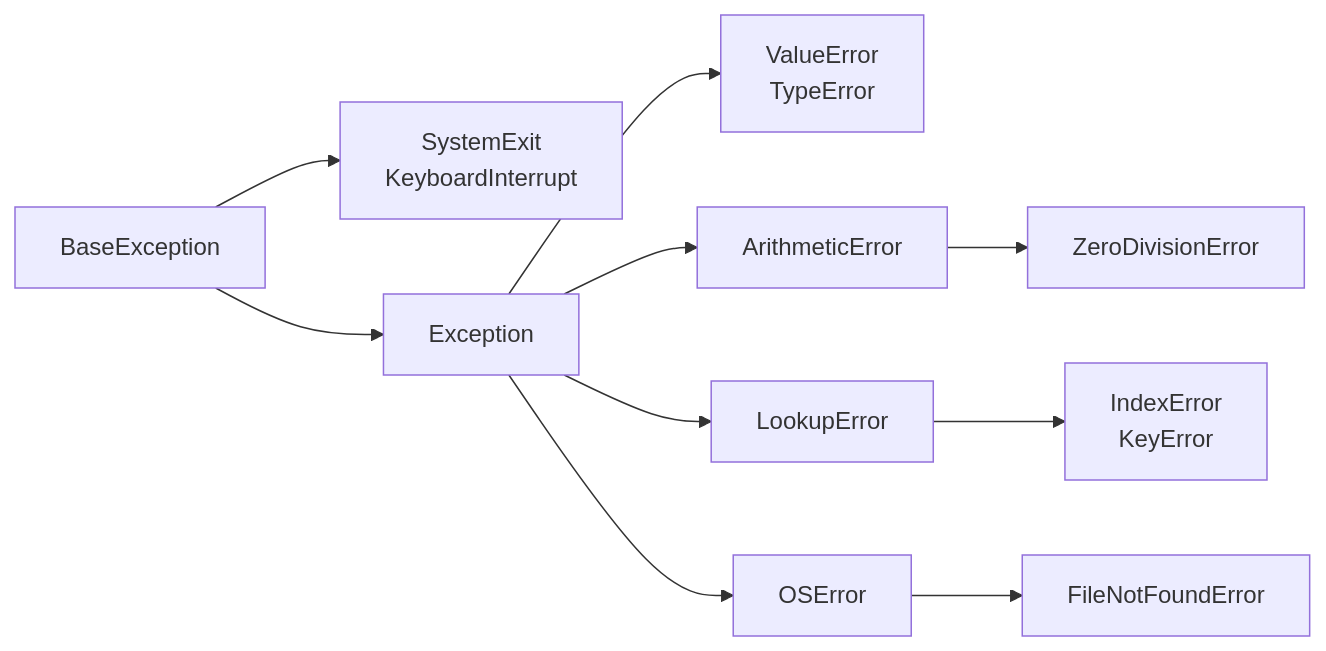
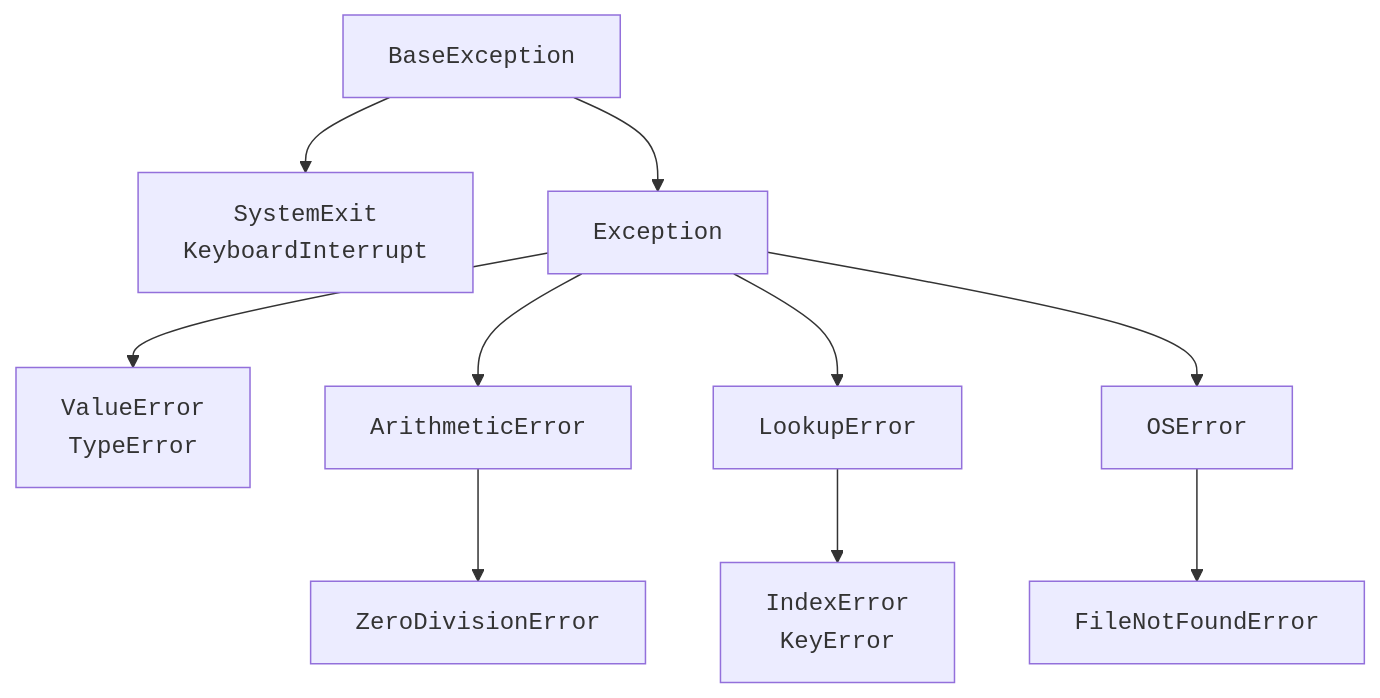
One commit to musicvano/Blog changed the diagram in src/courses/python/04-exceptions-debugging/errors-hierarchy.md. Above: the diagram before and after it, drawn with Mermaid. The commit also changed other lines of this file and 583 other files, not shown here.

````diff
--- a/src/courses/python/04-exceptions-debugging/errors-hierarchy.md
+++ b/src/courses/python/04-exceptions-debugging/errors-hierarchy.md
@@ -54,12 +54,12 @@
 ```mermaid
-flowchart LR
-  ROOT["BaseException"] --> SYS["SystemExit<br>KeyboardInterrupt"]
-  ROOT --> EXC["Exception"]
-  EXC --> VAL["ValueError<br>TypeError"]
-  EXC --> AR["ArithmeticError"]
-  EXC --> LK["LookupError"]
-  EXC --> OS["OSError"]
-  AR --> ZERO["ZeroDivisionError"]
-  LK --> IDX["IndexError<br>KeyError"]
-  OS --> FNF["FileNotFoundError"]
+flowchart TB
+  ROOT["<code>BaseException</code>"] --> SYS["<code>SystemExit</code><br><code>KeyboardInterrupt</code>"]
+  ROOT --> EXC["<code>Exception</code>"]
+  EXC --> VAL["<code>ValueError</code><br><code>TypeError</code>"]
+  EXC --> AR["<code>ArithmeticError</code>"]
+  EXC --> LK["<code>LookupError</code>"]
+  EXC --> OS["<code>OSError</code>"]
+  AR --> ZERO["<code>ZeroDivisionError</code>"]
+  LK --> IDX["<code>IndexError</code><br><code>KeyError</code>"]
+  OS --> FNF["<code>FileNotFoundError</code>"]
 ```
````
